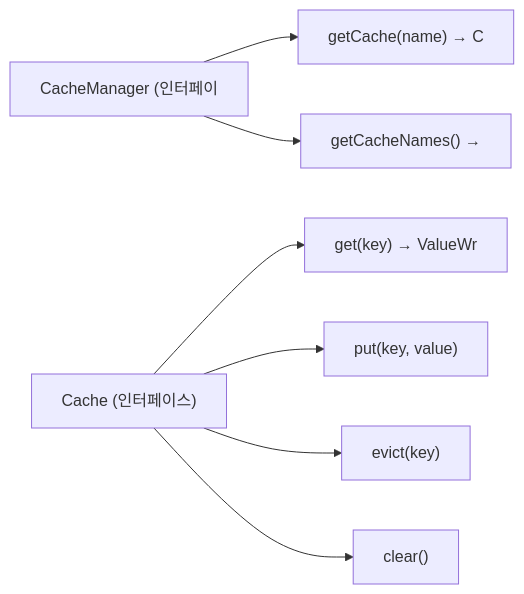
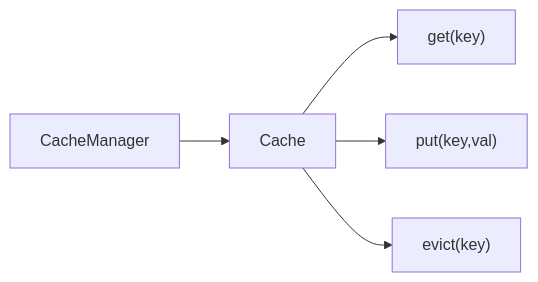
One commit to yjkim2015/yjkim2015.github.io changed the second of 4 diagrams in _posts/localcache/2026-05-01-local-cache-comparison.md. Above: the diagram before and after it, drawn with Mermaid. The commit also changed 163 other files, not shown here.

First line of the commit message:
Mermaid 300개 블록 내용 축소: 5노드 5엣지 이하, 의미 있는 약어

````diff
--- a/_posts/localcache/2026-05-01-local-cache-comparison.md
+++ b/_posts/localcache/2026-05-01-local-cache-comparison.md
@@ -41,11 +41,7 @@
 ```mermaid
 graph LR
-    CM["CacheManager (인터페이"]
-    CM --> GC["getCache(name) → C"]
-    CM --> GCN["getCacheNames() →"]
-    C["Cache (인터페이스)"]
-    C --> CG["get(key) → ValueWr"]
-    C --> CP["put(key, value)"]
+    CM["CacheManager"] --> C["Cache"]
+    C --> CG["get(key)"]
+    C --> CP["put(key,val)"]
     C --> CE["evict(key)"]
-    C --> CCL["clear()"]
 ```
````
